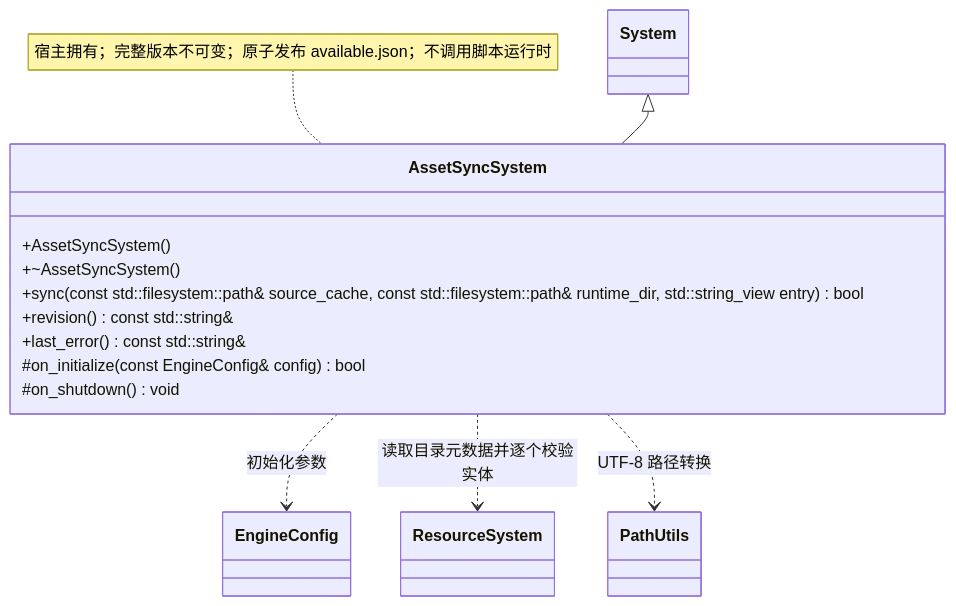
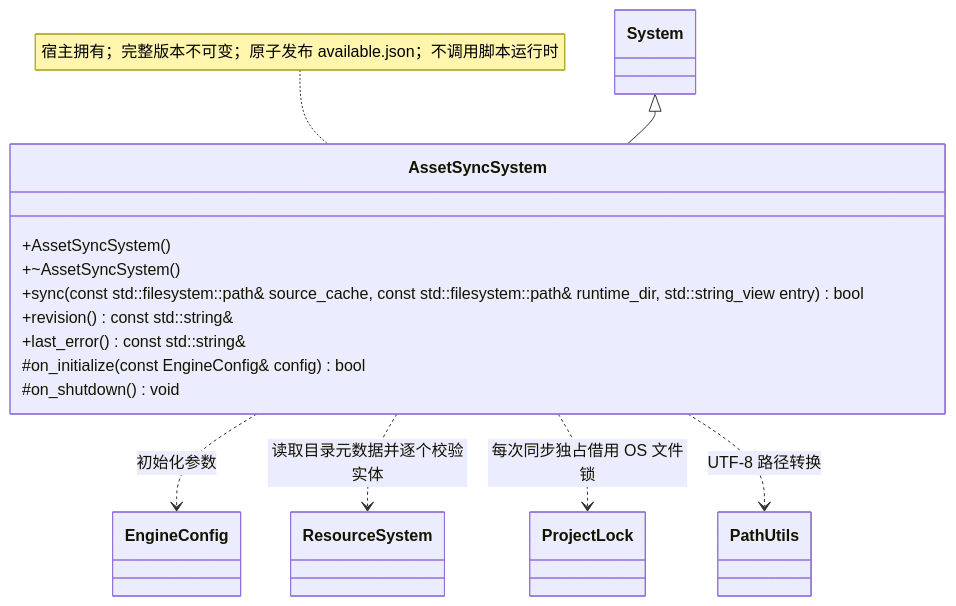
Before and after one commit to lcals/Engine: the diagram in docs/plugins/editor/class-diagrams/asset-sync-system.md, drawn with Mermaid. The commit also changed other lines of this file and 125 other files, not shown here.

First line of the commit message:
Fix engine architecture contracts and recovery paths

````diff
--- a/docs/plugins/editor/class-diagrams/asset-sync-system.md
+++ b/docs/plugins/editor/class-diagrams/asset-sync-system.md
@@ -9,22 +9,24 @@
 ```mermaid
 classDiagram
     direction TB
     class AssetSyncSystem {
         +AssetSyncSystem()
         +~AssetSyncSystem()
         +sync(const std::filesystem::path& source_cache, const std::filesystem::path& runtime_dir, std::string_view entry) bool
         +revision() const std::string&
         +last_error() const std::string&
         #on_initialize(const EngineConfig& config) bool
         #on_shutdown() void
     }
     class System
     class EngineConfig
     class ResourceSystem
+    class ProjectLock
     System <|-- AssetSyncSystem
     AssetSyncSystem ..> EngineConfig : 初始化参数
     AssetSyncSystem ..> ResourceSystem : 读取目录元数据并逐个校验实体
+    AssetSyncSystem ..> ProjectLock : 每次同步独占借用 OS 文件锁
     note for AssetSyncSystem "宿主拥有；完整版本不可变；原子发布 available.json；不调用脚本运行时"
     class PathUtils
     AssetSyncSystem ..> PathUtils : UTF-8 路径转换
 ```
````
